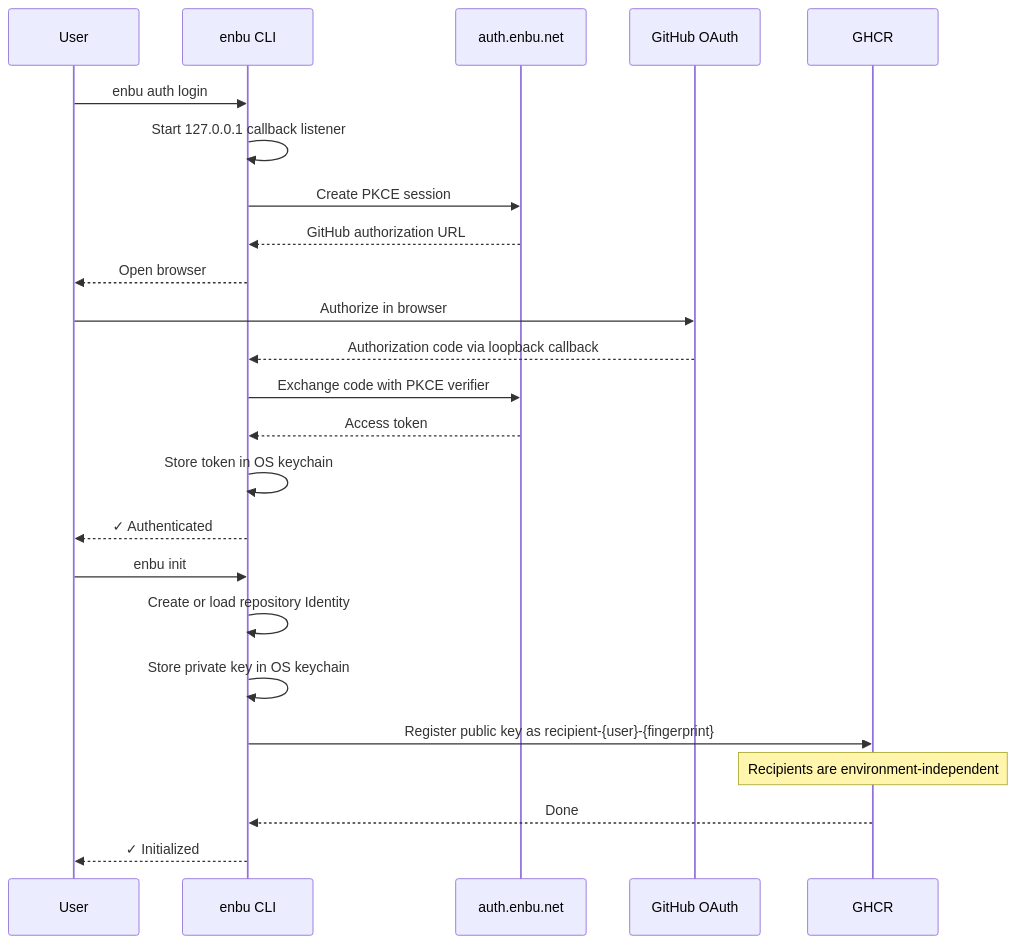
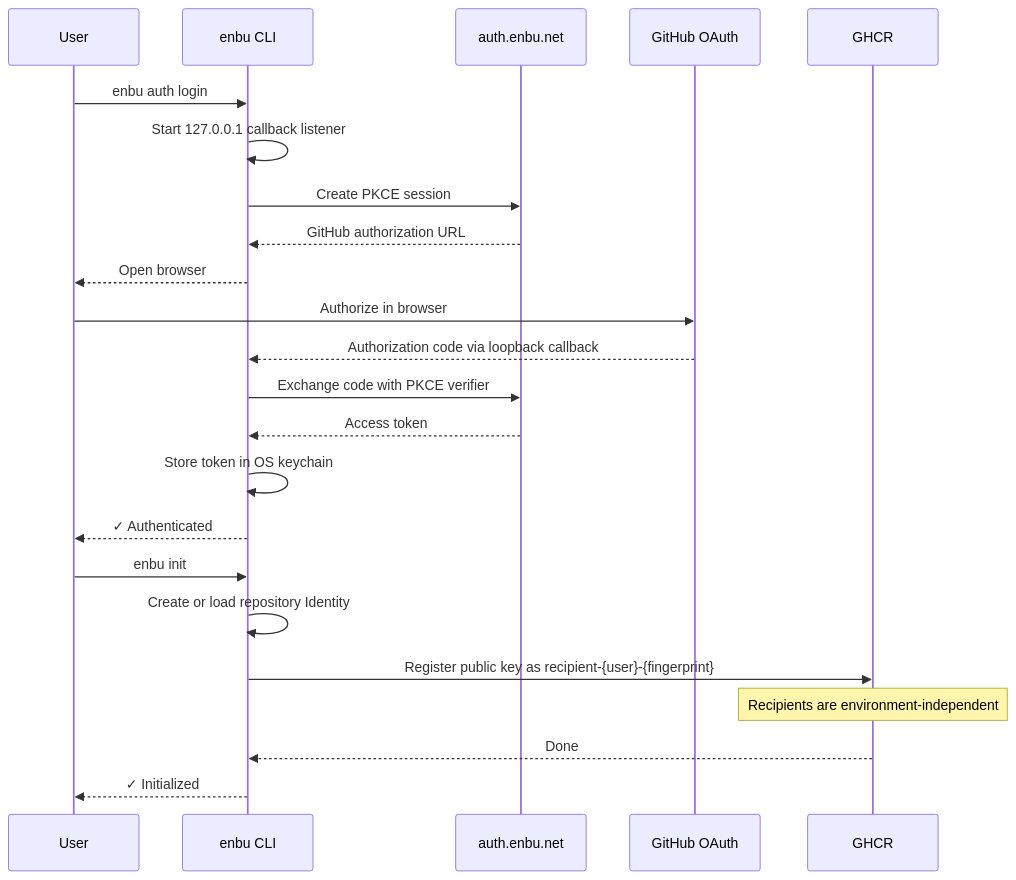
The first of 3 diagrams in README.md (enbu-net/enbu), drawn with Mermaid before and after one commit. The commit also changed other lines of this file and 1 other file, not shown here.

Commit message:
docs(identity): align initialization and keychain requirements

````diff
--- a/README.md
+++ b/README.md
@@ -199,28 +202,27 @@
 ```mermaid
 sequenceDiagram
     participant User
     participant CLI as enbu CLI
     participant Auth as auth.enbu.net
     participant GitHub as GitHub OAuth
     participant GHCR
 
     User->>CLI: enbu auth login
     CLI->>CLI: Start 127.0.0.1 callback listener
     CLI->>Auth: Create PKCE session
     Auth-->>CLI: GitHub authorization URL
     CLI-->>User: Open browser
     User->>GitHub: Authorize in browser
     GitHub-->>CLI: Authorization code via loopback callback
     CLI->>Auth: Exchange code with PKCE verifier
     Auth-->>CLI: Access token
     CLI->>CLI: Store token in OS keychain
     CLI-->>User: ✓ Authenticated
 
     User->>CLI: enbu init
     CLI->>CLI: Create or load repository Identity
-    CLI->>CLI: Store private key in OS keychain
     CLI->>GHCR: Register public key as recipient-{user}-{fingerprint}
     Note over GHCR: Recipients are environment-independent
     GHCR-->>CLI: Done
     CLI-->>User: ✓ Initialized
 ```
````
